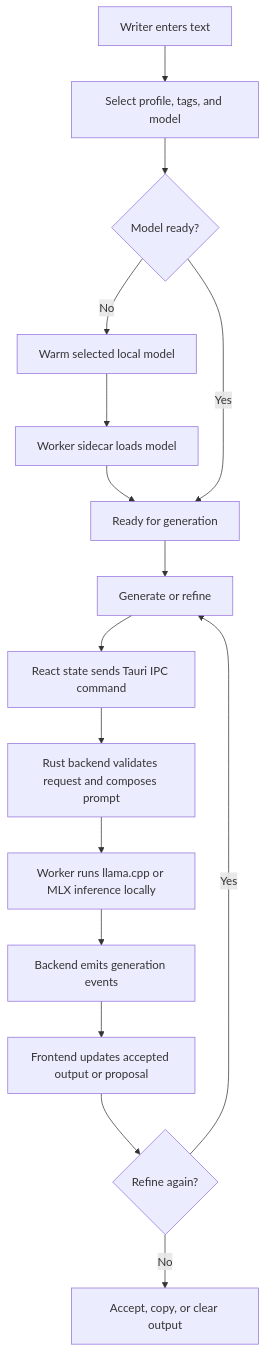
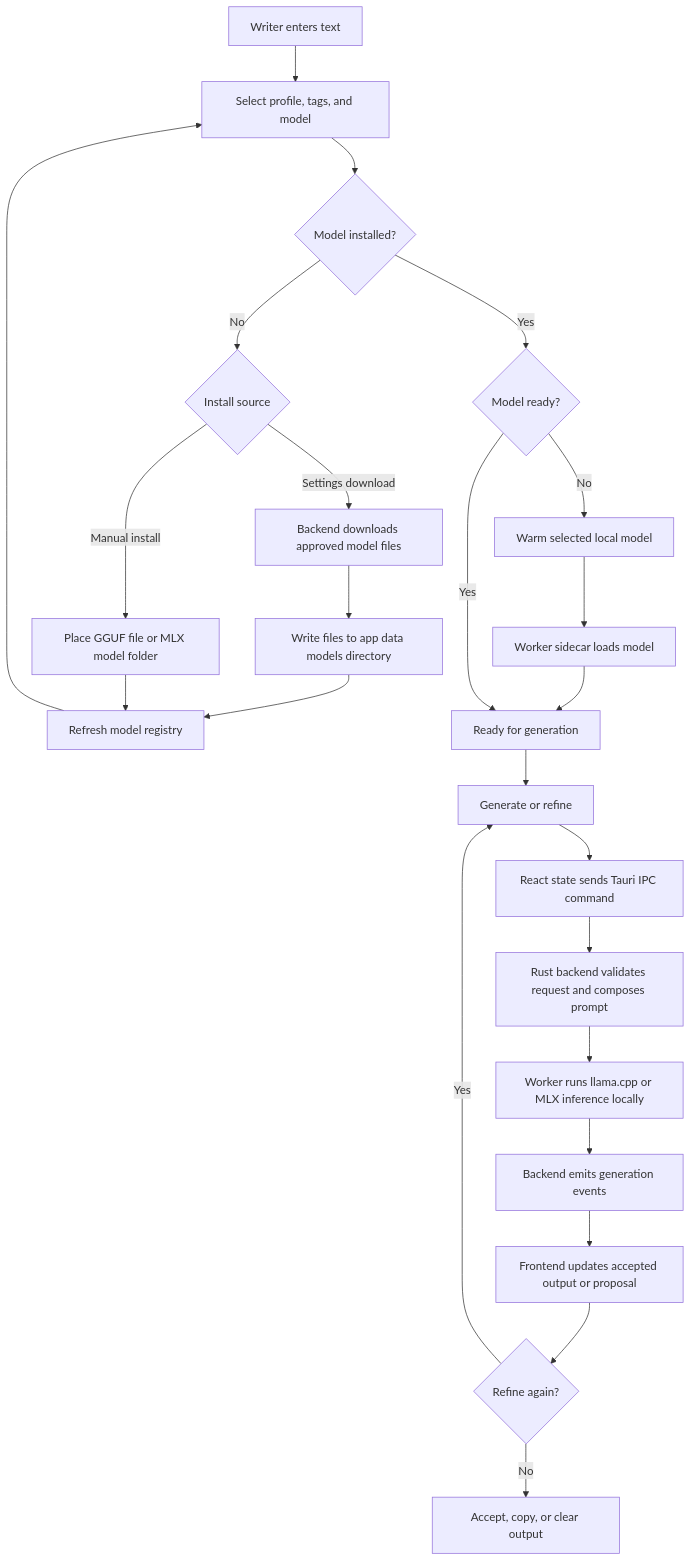
Before and after one commit to stephenlclarke/ModuTone: the diagram in README.md, drawn with Mermaid.

Commit message:
docs(readme): update workflow diagram
Issue:
The README workflow diagram still showed the pre-download flow, where a selected local model was warmed directly. After adding in-app model downloads, the diagram no longer represented how users install cataloged Qwen GGUF models or the Apple Silicon GPT-OSS MLX model from Settings.

Fix:
- Add a model-installed decision before model warmup.
- Show the Settings download path writing approved model files to the app data models directory.
- Keep the manual GGUF/MLX placement path for users who install models themselves.
- Show the model registry refresh before returning to model selection.
- Leave the local inference generation path unchanged.

Validation:
- markdownlint README.md CONTRIBUTING.md SECURITY.md CHANGELOG.md docs/*.md
- git diff --check

````diff
--- a/README.md
+++ b/README.md
@@ -62,18 +62,26 @@
 ```mermaid
 flowchart TD
     A[Writer enters text] --> B[Select profile, tags, and model]
-    B --> C{Model ready?}
-    C -- No --> D[Warm selected local model]
-    D --> E[Worker sidecar loads model]
-    E --> F[Ready for generation]
-    C -- Yes --> F
-    F --> G[Generate or refine]
-    G --> H[React state sends Tauri IPC command]
-    H --> I[Rust backend validates request and composes prompt]
-    I --> J[Worker runs llama.cpp or MLX inference locally]
-    J --> K[Backend emits generation events]
-    K --> L[Frontend updates accepted output or proposal]
-    L --> M{Refine again?}
-    M -- Yes --> G
-    M -- No --> N[Accept, copy, or clear output]
+    B --> C{Model installed?}
+    C -- No --> D{Install source}
+    D -- Settings download --> E[Backend downloads approved model files]
+    E --> F[Write files to app data models directory]
+    D -- Manual install --> G[Place GGUF file or MLX model folder]
+    F --> H[Refresh model registry]
+    G --> H
+    H --> B
+    C -- Yes --> I{Model ready?}
+    I -- No --> J[Warm selected local model]
+    J --> K[Worker sidecar loads model]
+    K --> L[Ready for generation]
+    I -- Yes --> L
+    L --> M[Generate or refine]
+    M --> N[React state sends Tauri IPC command]
+    N --> O[Rust backend validates request and composes prompt]
+    O --> P[Worker runs llama.cpp or MLX inference locally]
+    P --> Q[Backend emits generation events]
+    Q --> R[Frontend updates accepted output or proposal]
+    R --> S{Refine again?}
+    S -- Yes --> M
+    S -- No --> T[Accept, copy, or clear output]
 ```
````
